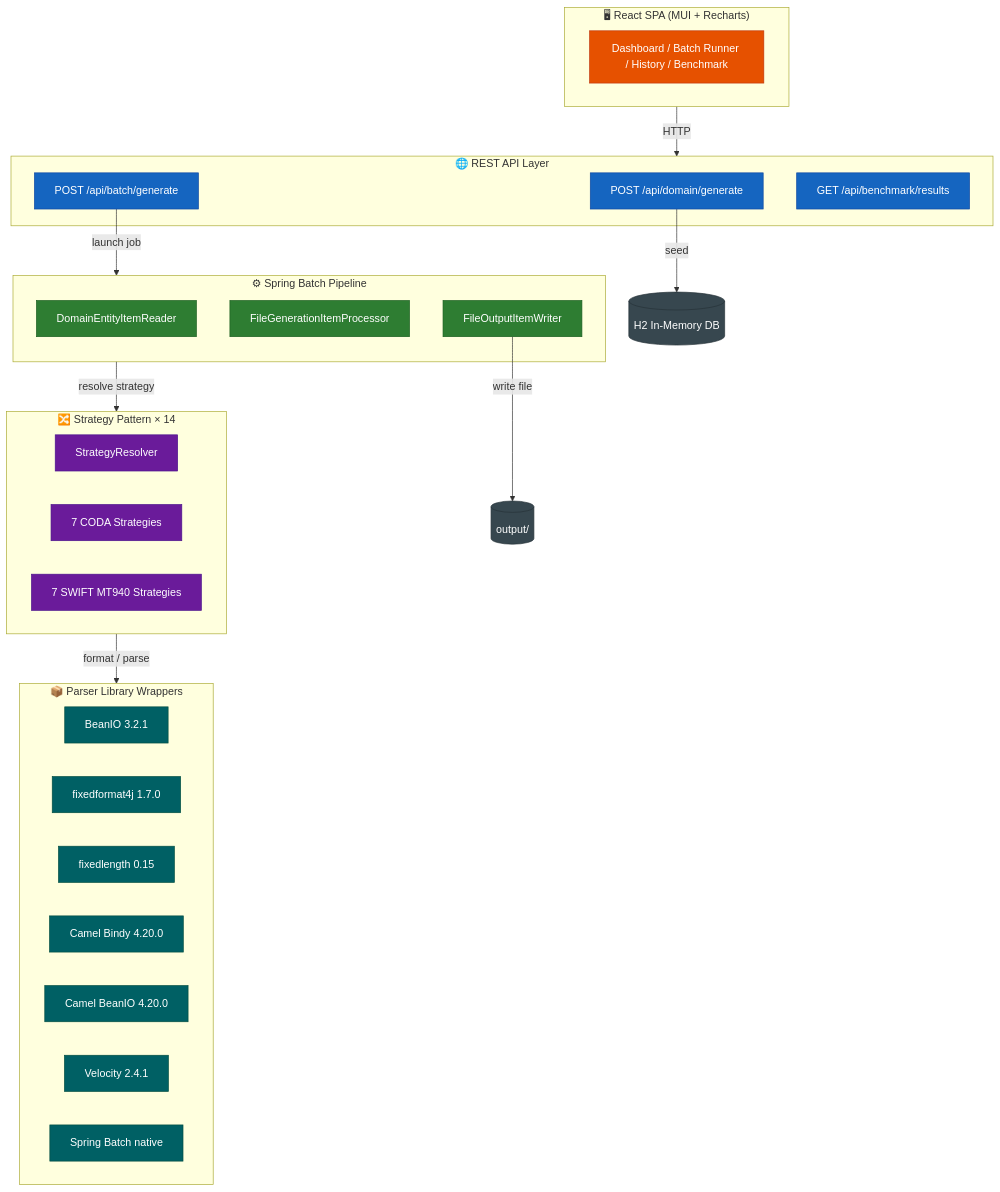
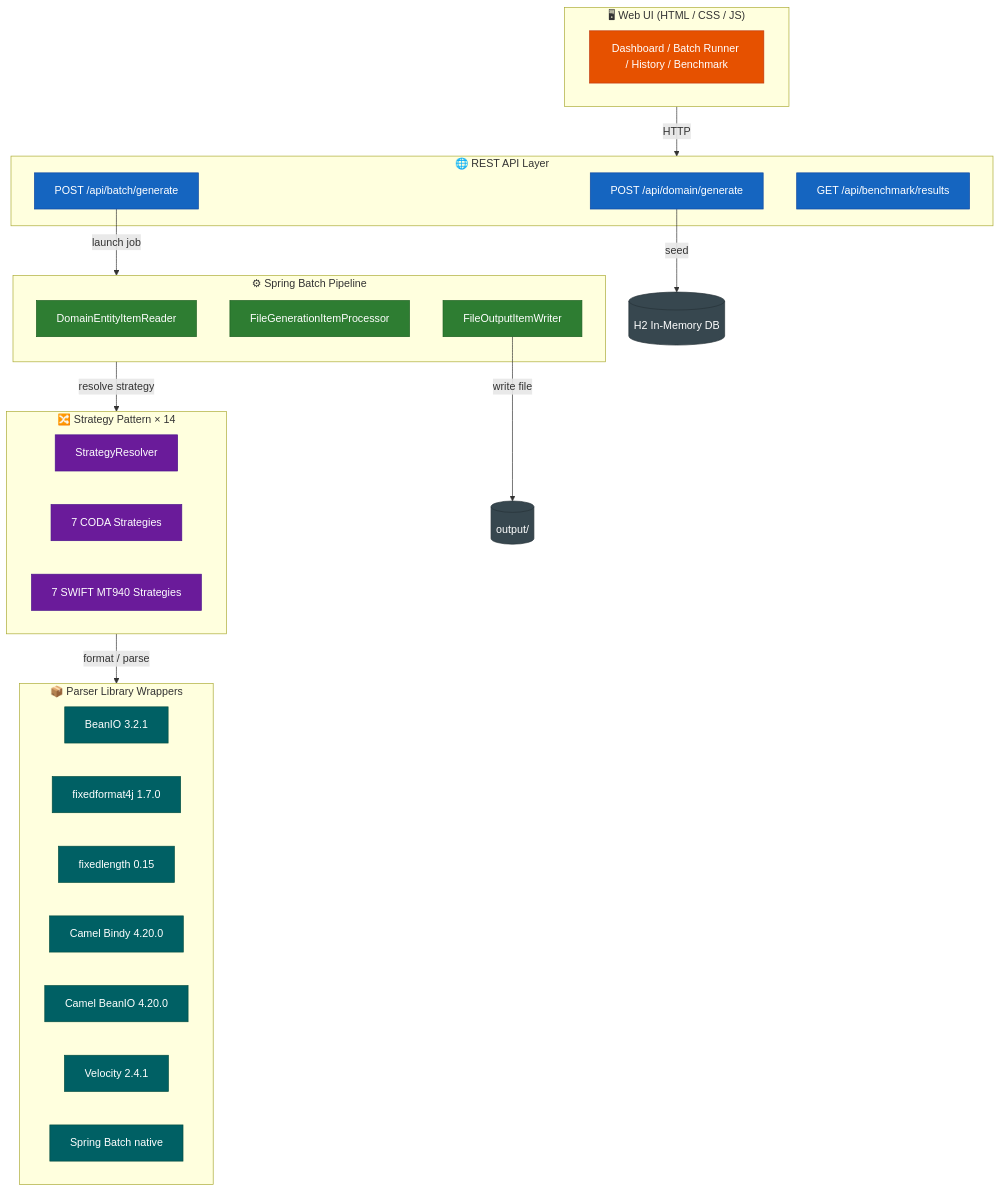
The diagram in README.md (wallaceespindola/fixed-length-converters), drawn with Mermaid before and after one commit. The commit also changed other lines of this file and 7 other files, not shown here.

First line of the commit message:
docs: update all documentation to reflect vanilla HTML/CSS/JS frontend

````diff
--- a/README.md
+++ b/README.md
@@ -38,51 +38,51 @@
 ```mermaid
 graph TB
     classDef frontendStyle fill:#e65100,stroke:#bf360c,color:#fff
     classDef apiStyle fill:#1565c0,stroke:#0d47a1,color:#fff
     classDef batchStyle fill:#2e7d32,stroke:#1b5e20,color:#fff
     classDef strategyStyle fill:#6a1b9a,stroke:#4a148c,color:#fff
     classDef parserStyle fill:#006064,stroke:#004d40,color:#fff
     classDef storageStyle fill:#37474f,stroke:#263238,color:#fff
 
-    subgraph Frontend["🖥 React SPA (MUI + Recharts)"]
+    subgraph Frontend["🖥 Web UI (HTML / CSS / JS)"]
         UI[Dashboard / Batch Runner / History / Benchmark]
     end
     subgraph API["🌐 REST API Layer"]
         DC[POST /api/domain/generate]
         BC[POST /api/batch/generate]
         BNC[GET /api/benchmark/results]
     end
     subgraph Batch["⚙ Spring Batch Pipeline"]
         READER[DomainEntityItemReader]
         PROC[FileGenerationItemProcessor]
         WRITER[FileOutputItemWriter]
     end
     subgraph Strategy["🔀 Strategy Pattern × 14"]
         SR[StrategyResolver]
         C7[7 CODA Strategies]
         S7[7 SWIFT MT940 Strategies]
     end
     subgraph Parsers["📦 Parser Library Wrappers"]
         BIO[BeanIO 3.2.1]
         FF4J[fixedformat4j 1.7.0]
         VL[fixedlength 0.15]
         BINDY[Camel Bindy 4.20.0]
         CBIO[Camel BeanIO 4.20.0]
         VEL[Velocity 2.4.1]
         SB[Spring Batch native]
     end
 
     Frontend -->|HTTP| API
     DC -->|seed| H2[(H2 In-Memory DB)]
     BC -->|launch job| Batch
     Batch -->|resolve strategy| Strategy
     Strategy -->|format / parse| Parsers
     WRITER -->|write file| output[(output/)]
 
     class UI frontendStyle
     class DC,BC,BNC apiStyle
     class READER,PROC,WRITER batchStyle
     class SR,C7,S7 strategyStyle
     class BIO,FF4J,VL,BINDY,CBIO,VEL,SB parserStyle
     class H2,output storageStyle
 ```
````
